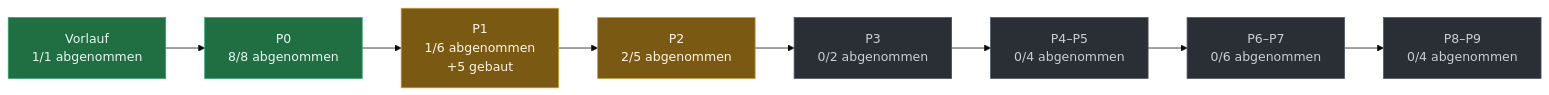
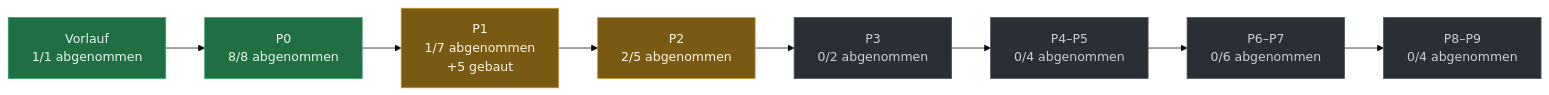
Before and after one commit to evenacadia-tech/Nakama: the diagram in docs/PLAN-STAND.md, drawn with Mermaid (base theme). The commit also changed other lines of this file and 5 other files, not shown here.

````diff
--- a/docs/PLAN-STAND.md
+++ b/docs/PLAN-STAND.md
@@ -40,21 +40,21 @@
 ```mermaid
 flowchart LR
   P0["Vorlauf<br/>1/1 abgenommen"]:::fertig
   P1["P0<br/>8/8 abgenommen"]:::fertig
   P0 --> P1
-  P2["P1<br/>1/6 abgenommen<br/>+5 gebaut"]:::laeuft
+  P2["P1<br/>1/7 abgenommen<br/>+5 gebaut"]:::laeuft
   P1 --> P2
   P3["P2<br/>2/5 abgenommen"]:::laeuft
   P2 --> P3
   P4["P3<br/>0/2 abgenommen"]:::offen
   P3 --> P4
   P5["P4–P5<br/>0/4 abgenommen"]:::offen
   P4 --> P5
   P6["P6–P7<br/>0/6 abgenommen"]:::offen
   P5 --> P6
   P7["P8–P9<br/>0/4 abgenommen"]:::offen
   P6 --> P7
   classDef fertig fill:#1f6f43,stroke:#2ea36a,color:#eaf6ef
   classDef laeuft fill:#7a5a12,stroke:#c99a2e,color:#fdf6e6
   classDef offen  fill:#2a2f36,stroke:#4a525c,color:#c7ced8
 ```
````
